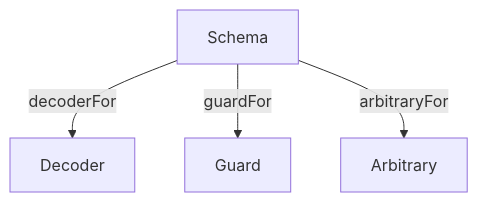
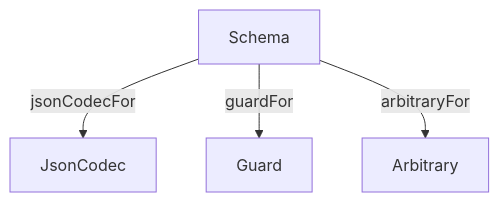
One commit to Effect-TS/schema changed the diagram in README.md. Above: the diagram before and after it, drawn with Mermaid. The commit also changed other lines of this file and 15 other files, not shown here.

Commit message:
add JsonCodec

````diff
--- a/README.md
+++ b/README.md
@@ -17,6 +17,6 @@
 ```mermaid
 flowchart TD
-  Schema -->|decoderFor| Decoder
+  Schema -->|jsonCodecFor| JsonCodec
   Schema -->|guardFor| Guard
   Schema -->|arbitraryFor| Arbitrary
 ```
````
